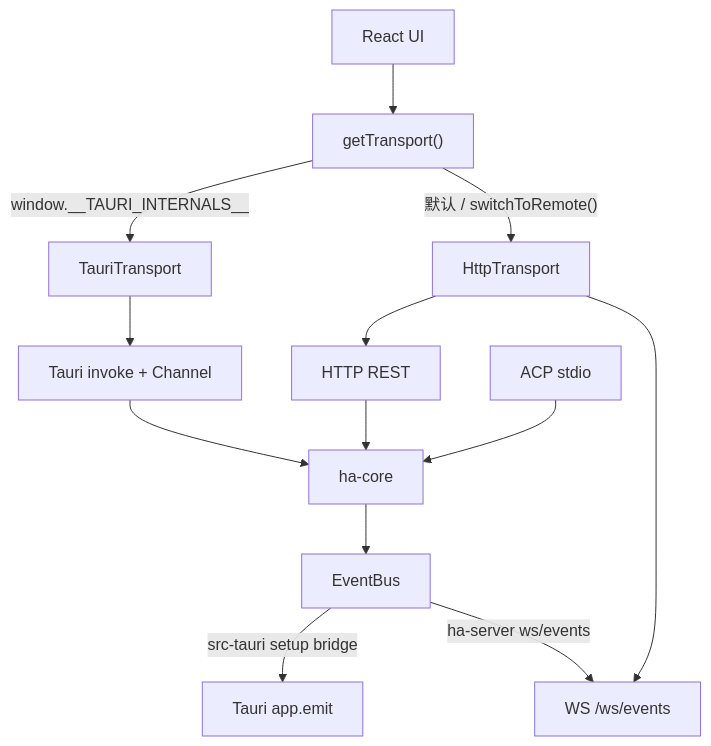
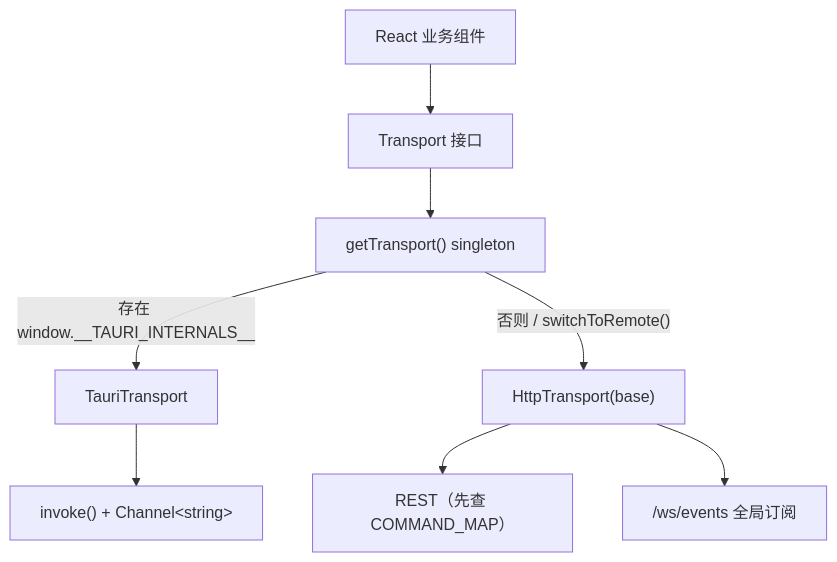
The second of 5 diagrams in docs/architecture/transport-modes.md (shiwenwen/hope-agent), drawn with Mermaid before and after one commit. The commit also changed other lines of this file and 12 other files, not shown here.

````diff
--- a/docs/architecture/transport-modes.md
+++ b/docs/architecture/transport-modes.md
@@ -60,15 +58,10 @@
 ```mermaid
 flowchart TD
-    UI["React UI"] --> TP["getTransport()"]
-    TP -->|"window.__TAURI_INTERNALS__"| TT["TauriTransport"]
-    TP -->|"默认 / switchToRemote()"| HT["HttpTransport"]
-    TT --> IPC["Tauri invoke + Channel"]
-    HT --> REST["HTTP REST"]
-    HT --> WS["WS /ws/events"]
-    IPC --> Core["ha-core"]
-    REST --> Core
-    Core --> Bus["EventBus"]
-    Bus -->|"src-tauri setup bridge"| TauriEvents["Tauri app.emit"]
-    Bus -->|"ha-server ws/events"| WS
-    ACP["ACP stdio"] --> Core
+    UI["React 业务组件"] --> IF["Transport 接口"]
+    IF --> GET["getTransport() singleton"]
+    GET -->|"存在 window.__TAURI_INTERNALS__"| TT["TauriTransport"]
+    GET -->|"否则 / switchToRemote()"| HT["HttpTransport(base)"]
+    TT --> IPC["invoke() + Channel&lt;string&gt;"]
+    HT --> REST["REST（先查 COMMAND_MAP）"]
+    HT --> WSL["/ws/events 全局订阅"]
 ```
````
